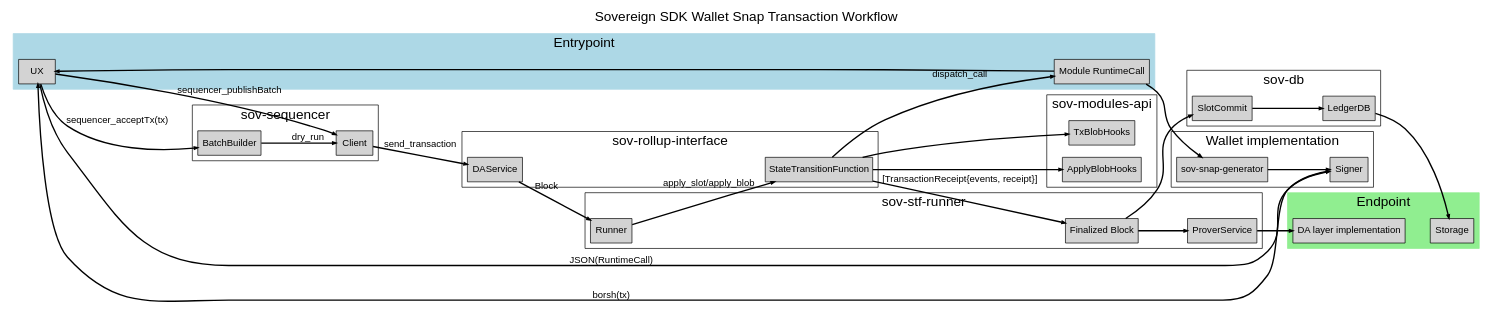
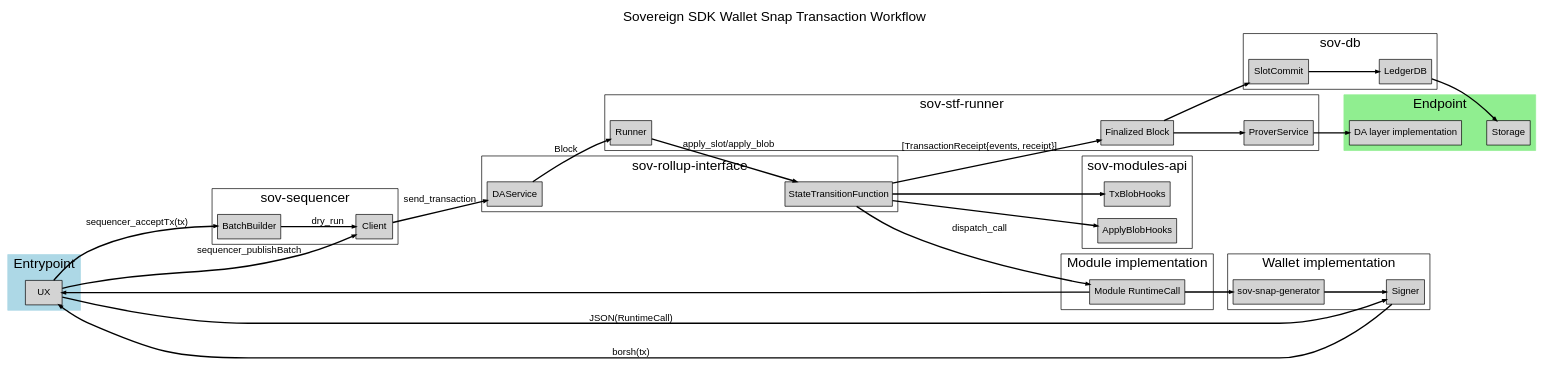
Before and after one commit to Sovereign-Labs/docs-draft: the diagram in 0001-transaction-wallet-workflow.md, drawn with Graphviz. The commit also changed other lines of this file, not shown here.

Commit message:
separate module impl from entrypoint

```diff
--- a/0001-transaction-wallet-workflow.md
+++ b/0001-transaction-wallet-workflow.md
@@ -27,9 +27,14 @@
         color=lightblue;
 
         ux [label="UX"]
+
+        label = "Entrypoint"
+    }
+
+    subgraph cluster_module {
         module_runtime [label="Module RuntimeCall"]
 
-        label = "Entrypoint"
+        label = "Module implementation"
     }
 
     subgraph cluster_wallet {
```
